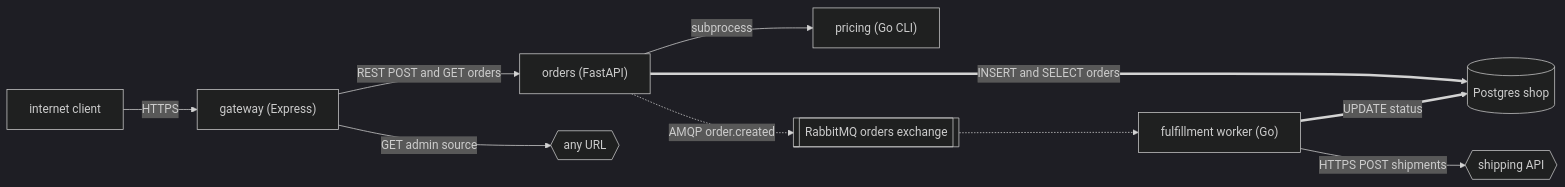
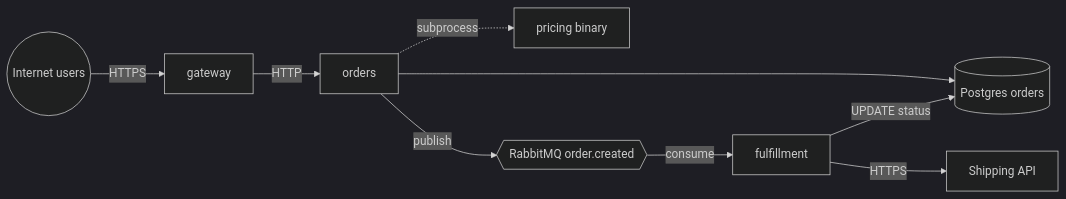
The first of 2 diagrams in examples/sample-output/system/data-flows.md (RndU53r/Code-Knowledge-Builder), drawn with Mermaid (dark theme) before and after one commit. The commit also changed other lines of this file and 134 other files, not shown here.

````diff
--- a/examples/sample-output/system/data-flows.md
+++ b/examples/sample-output/system/data-flows.md
@@ -25,21 +26,19 @@
 ```mermaid
 flowchart LR
-  U["internet client"]
-  GW["gateway (Express)"]
-  OR["orders (FastAPI)"]
-  PR["pricing (Go CLI)"]
-  FU["fulfillment worker (Go)"]
-  MQ[["RabbitMQ orders exchange"]]
-  DB[("Postgres shop")]
-  SH{{"shipping API"}}
-  AX{{"any URL"}}
-  U -->|"HTTPS"| GW
-  GW -->|"REST POST and GET orders"| OR
-  GW -->|"GET admin source"| AX
-  OR -->|"subprocess"| PR
-  OR ==>|"INSERT and SELECT orders"| DB
-  OR -.->|"AMQP order.created"| MQ
-  MQ -.-> FU
-  FU ==>|"UPDATE status"| DB
-  FU -->|"HTTPS POST shipments"| SH
+  U(("Internet users"))
+  S_gateway["gateway"]
+  S_orders["orders"]
+  S_fulfillment["fulfillment"]
+  S_pricing["pricing binary"]
+  DB[("Postgres orders")]
+  MQ{{"RabbitMQ order.created"}}
+  SHIP["Shipping API"]
+  U -->|"HTTPS"| S_gateway
+  S_gateway -->|"HTTP"| S_orders
+  S_orders -.->|"subprocess"| S_pricing
+  S_orders --> DB
+  S_orders -->|"publish"| MQ
+  MQ -->|"consume"| S_fulfillment
+  S_fulfillment -->|"UPDATE status"| DB
+  S_fulfillment -->|"HTTPS"| SHIP
 ```
````
